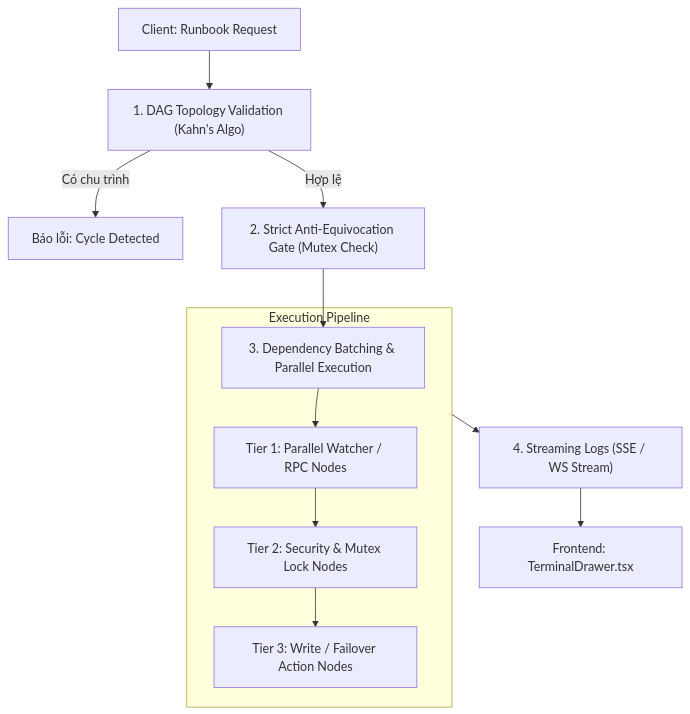
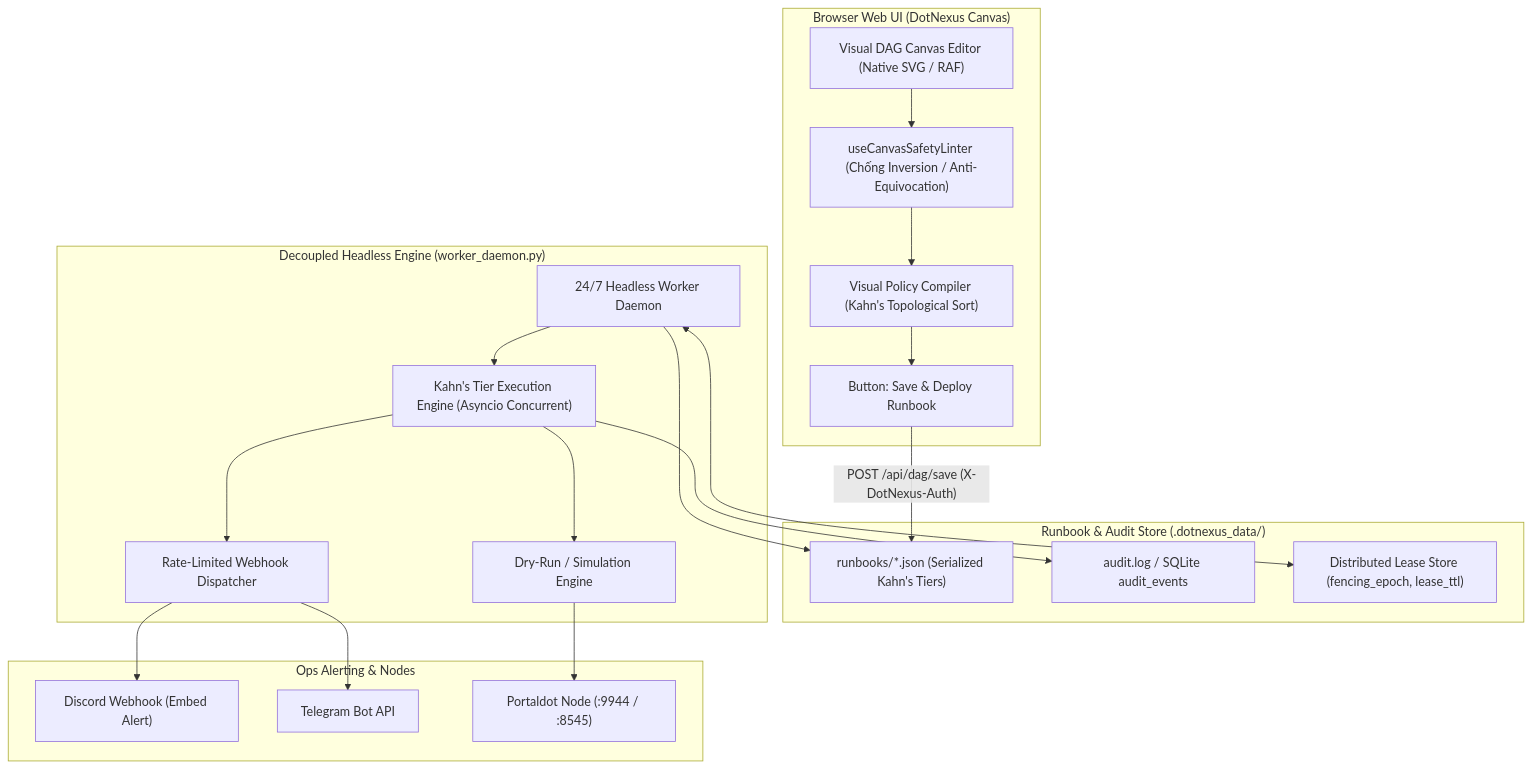
The second of 5 diagrams in PROJECT_BLUEPRINT.md (DanhCaTuanNgoc/DotNexus), drawn with Mermaid before and after one commit. The commit also changed other lines of this file, not shown here.

````diff
--- a/PROJECT_BLUEPRINT.md
+++ b/PROJECT_BLUEPRINT.md
@@ -211,16 +109,43 @@
 ```mermaid
 flowchart TD
-    Client["Client: Runbook Request"] --> Val["1. DAG Topology Validation (Kahn's Algo)"]
-    Val -->|"Có chu trình"| Err["Báo lỗi: Cycle Detected"]
-    Val -->|"Hợp lệ"| SecGate["2. Strict Anti-Equivocation Gate (Mutex Check)"]
-    SecGate --> Batch["3. Dependency Batching & Parallel Execution"]
+    subgraph BrowserUI["Browser Web UI (DotNexus Canvas)"]
+        CanvasEditor["Visual DAG Canvas Editor (Native SVG / RAF)"]
+        Linter["useCanvasSafetyLinter (Chống Inversion / Anti-Equivocation)"]
+        Compiler["Visual Policy Compiler (Kahn's Topological Sort)"]
+        SaveDeploy["Button: Save & Deploy Runbook"]
+    end
+
+    subgraph StorageLayer["Runbook & Audit Store (.dotnexus_data/)"]
+        RunbookJSON["runbooks/*.json (Serialized Kahn's Tiers)"]
+        AuditLog["audit.log / SQLite audit_events"]
+        LeaseDB["Distributed Lease Store (fencing_epoch, lease_ttl)"]
+    end
+
+    subgraph HeadlessWorker["Decoupled Headless Engine (worker_daemon.py)"]
+        Daemon["24/7 Headless Worker Daemon"]
+        TierRunner["Kahn's Tier Execution Engine (Asyncio Concurrent)"]
+        DryRunEngine["Dry-Run / Simulation Engine"]
+        WebhookRateLimiter["Rate-Limited Webhook Dispatcher"]
+    end
+
+    subgraph ExternalChannels["Ops Alerting & Nodes"]
+        DiscordBot["Discord Webhook (Embed Alert)"]
+        TelegramBot["Telegram Bot API"]
+        PortaldotNode["Portaldot Node (:9944 / :8545)"]
+    end
+
+    CanvasEditor --> Linter
+    Linter --> Compiler
+    Compiler --> SaveDeploy
+    SaveDeploy -->|"POST /api/dag/save (X-DotNexus-Auth)"| RunbookJSON
     
-    subgraph ExecutionFlow["Execution Pipeline"]
-        Batch --> Stage1["Tier 1: Parallel Watcher / RPC Nodes"]
-        Stage1 --> Stage2["Tier 2: Security & Mutex Lock Nodes"]
-        Stage2 --> Stage3["Tier 3: Write / Failover Action Nodes"]
-    end
-    
-    ExecutionFlow --> SSE["4. Streaming Logs (SSE / WS Stream)"]
-    SSE --> TermUI["Frontend: TerminalDrawer.tsx"]
+    Daemon --> RunbookJSON
+    Daemon --> TierRunner
+    TierRunner --> DryRunEngine
+    DryRunEngine --> PortaldotNode
+    TierRunner --> WebhookRateLimiter
+    WebhookRateLimiter --> DiscordBot
+    WebhookRateLimiter --> TelegramBot
+    TierRunner --> AuditLog
+    Daemon <--> LeaseDB
 ```
````
